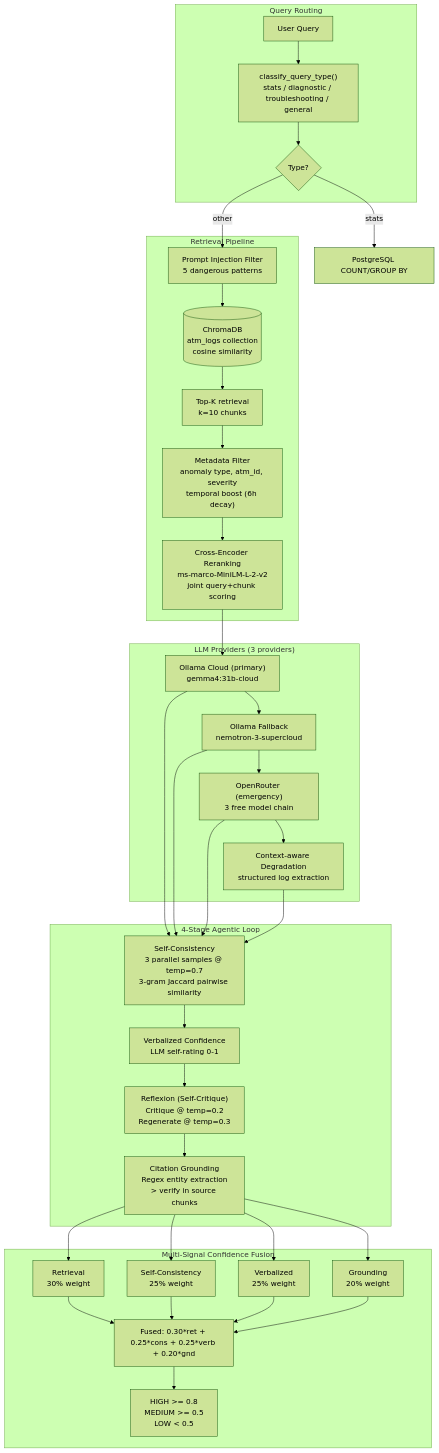
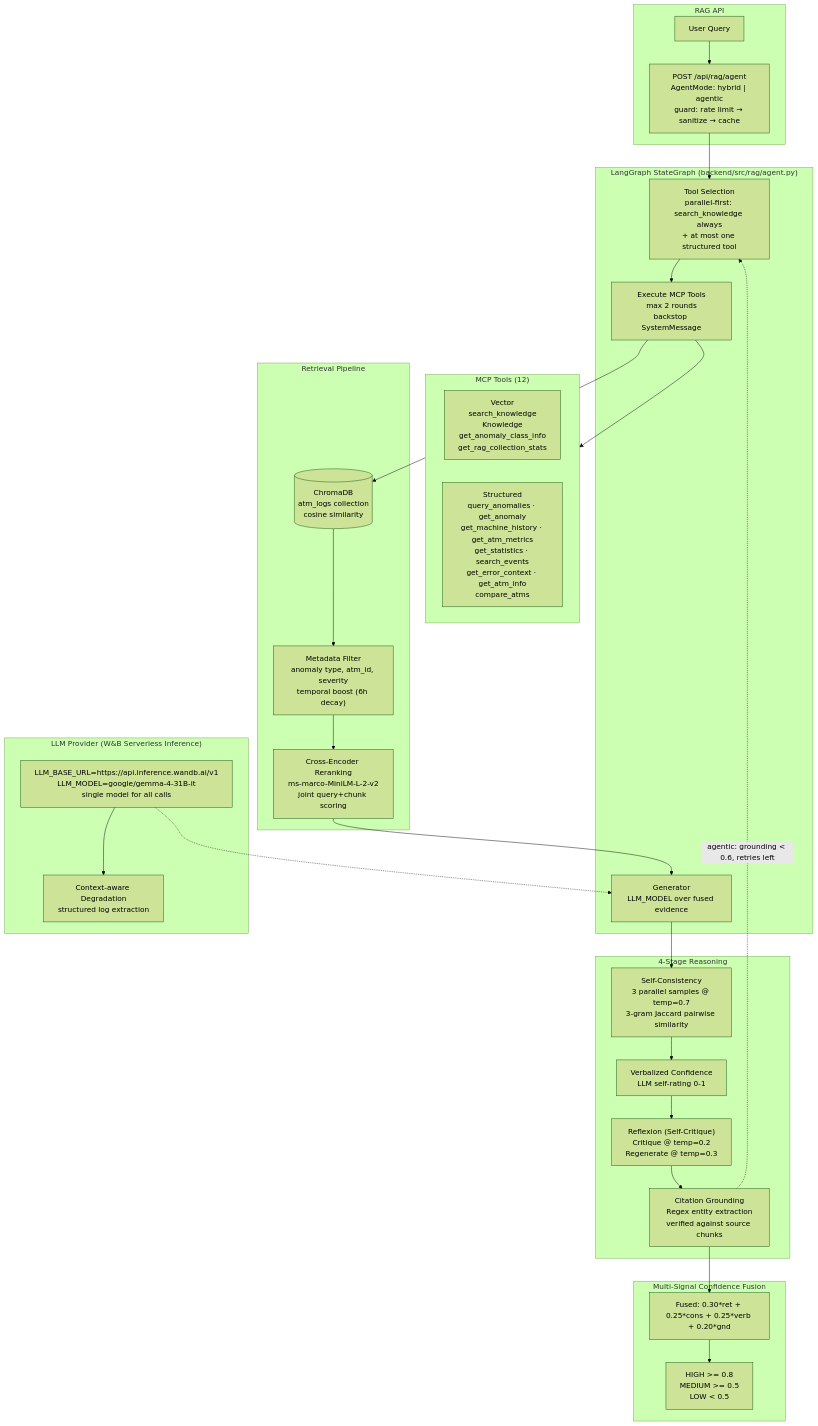
The sixth of 10 diagrams in README.md (AhmedIkram05/laad), drawn with Mermaid (forest theme) before and after one commit. The commit also changed other lines of this file, not shown here.

First line of the commit message:
docs: update README to reflect changes in Agentic RAG terminology and testing details

````diff
--- a/README.md
+++ b/README.md
@@ -787,46 +787,48 @@
 ```mermaid
 flowchart TD
-  subgraph Routing ["Query Routing"]
+  subgraph API ["RAG API"]
     Q["User Query"]
-    CLASS["classify_query_type()<br/>stats / diagnostic / troubleshooting / general"]
-    ROUTE{"Type?"}
+    AGENT["POST /api/rag/agent<br/>AgentMode: hybrid | agentic<br/>guard: rate limit → sanitize → cache"]
+  end
+
+  subgraph Graph ["LangGraph StateGraph (backend/src/rag/agent.py)"]
+    SEL["Tool Selection<br/>parallel-first: search_knowledge always<br/>+ at most one structured tool"]
+    EXEC["Execute MCP Tools<br/>max 2 rounds<br/>backstop SystemMessage"]
+    GEN["Generator<br/>LLM_MODEL over fused evidence"]
+  end
+
+  subgraph Tools ["MCP Tools (12)"]
+    KNOW["Vector<br/>search_knowledge<br/>Knowledge<br/>get_anomaly_class_info<br/>get_rag_collection_stats"]
+    STRUC["Structured<br/>query_anomalies · get_anomaly<br/>get_machine_history · get_atm_metrics<br/>get_statistics · search_events<br/>get_error_context · get_atm_info<br/>compare_atms"]
   end
 
   subgraph Retrieval ["Retrieval Pipeline"]
-    SAN["Prompt Injection Filter<br/>5 dangerous patterns"]
     CDB[("ChromaDB<br/>atm_logs collection<br/>cosine similarity")]
-    TOPK["Top-K retrieval<br/>k=10 chunks"]
     FILTER["Metadata Filter<br/>anomaly type, atm_id, severity<br/>temporal boost (6h decay)"]
     CE["Cross-Encoder Reranking<br/>ms-marco-MiniLM-L-2-v2<br/>joint query+chunk scoring"]
   end
 
-  subgraph Agentic ["4-Stage Agentic Loop"]
+  subgraph Reasoning ["4-Stage Reasoning"]
     SC["Self-Consistency<br/>3 parallel samples @ temp=0.7<br/>3-gram Jaccard pairwise similarity"]
     VC["Verbalized Confidence<br/>LLM self-rating 0-1"]
     REFLEX["Reflexion (Self-Critique)<br/>Critique @ temp=0.2<br/>Regenerate @ temp=0.3"]
-    CG["Citation Grounding<br/>Regex entity extraction<br/>> verify in source chunks"]
-  end
-
-  subgraph LLM ["LLM Providers (3 providers)"]
-    OLLAMA["Ollama Cloud (primary)<br/>gemma4:31b-cloud"]
-    FB["Ollama Fallback<br/>nemotron-3-supercloud"]
-    EMERG["OpenRouter (emergency)<br/>3 free model chain"]
-    DEGRADE["Context-aware Degradation<br/>structured log extraction"]
+    CG["Citation Grounding<br/>Regex entity extraction<br/>verified against source chunks"]
   end
 
   subgraph Fusion ["Multi-Signal Confidence Fusion"]
-    RETR["Retrieval<br/>30% weight"]
-    CONS["Self-Consistency<br/>25% weight"]
-    VERB["Verbalized<br/>25% weight"]
-    GRND["Grounding<br/>20% weight"]
     FUSE["Fused: 0.30*ret + 0.25*cons + 0.25*verb + 0.20*gnd"]
     LEVEL["HIGH >= 0.8<br/>MEDIUM >= 0.5<br/>LOW < 0.5"]
   end
 
-  Q --> CLASS --> ROUTE
-  ROUTE -->|"stats"| DB["PostgreSQL COUNT/GROUP BY"]
-  ROUTE -->|"other"| SAN --> CDB --> TOPK --> FILTER --> CE
-  CE --> OLLAMA --> FB --> EMERG --> DEGRADE
-  OLLAMA & FB & EMERG & DEGRADE --> SC --> VC --> REFLEX --> CG
-  CG --> RETR & CONS & VERB & GRND --> FUSE --> LEVEL
+  subgraph LLM ["LLM Provider (W&B Serverless Inference)"]
+    WANDB["LLM_BASE_URL=https://api.inference.wandb.ai/v1<br/>LLM_MODEL=google/gemma-4-31B-it<br/>single model for all calls"]
+    DEGRADE["Context-aware Degradation<br/>structured log extraction"]
+  end
+
+  Q --> AGENT --> SEL --> EXEC --> Tools
+  EXEC --> CDB --> FILTER --> CE --> GEN
+  GEN --> SC --> VC --> REFLEX --> CG --> FUSE --> LEVEL
+  WANDB --> DEGRADE
+  WANDB -.-> GEN
+  CG -. "agentic: grounding < 0.6, retries left" .-> SEL
 ```
````
